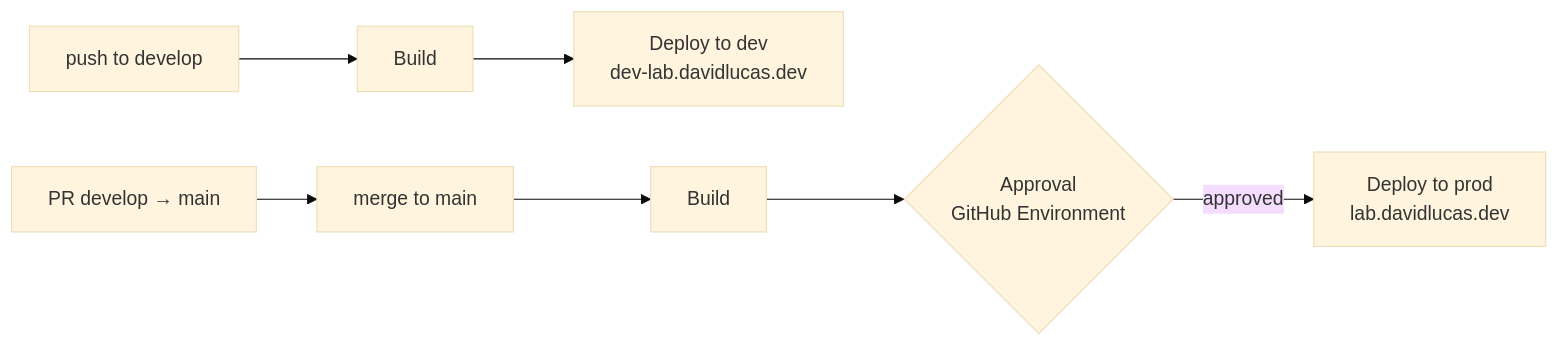
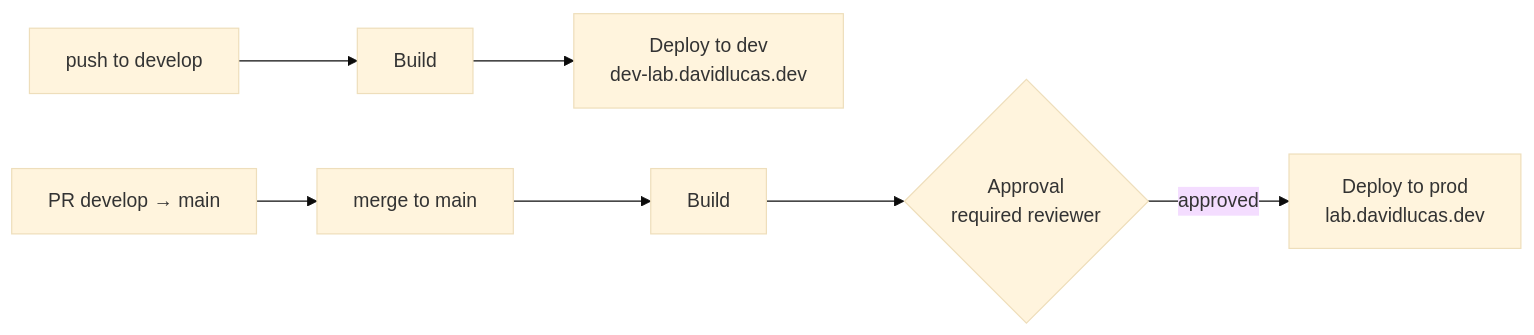
Before and after one commit to David-LBautista/aws-lab: the second of 2 diagrams in README.md, drawn with Mermaid (base theme). The commit also changed other lines of this file and 7 other files, not shown here.

````diff
--- a/README.md
+++ b/README.md
@@ -113,5 +119,5 @@
 ```mermaid
 flowchart LR
     D[push to develop] --> BD[Build] --> DEV[Deploy to dev<br/>dev-lab.davidlucas.dev]
-    PR[PR develop → main] --> M[merge to main] --> BP[Build] --> A{Approval<br/>GitHub Environment} -->|approved| PROD[Deploy to prod<br/>lab.davidlucas.dev]
+    PR[PR develop → main] --> M[merge to main] --> BP[Build] --> A{Approval<br/>required reviewer} -->|approved| PROD[Deploy to prod<br/>lab.davidlucas.dev]
 ```
````
